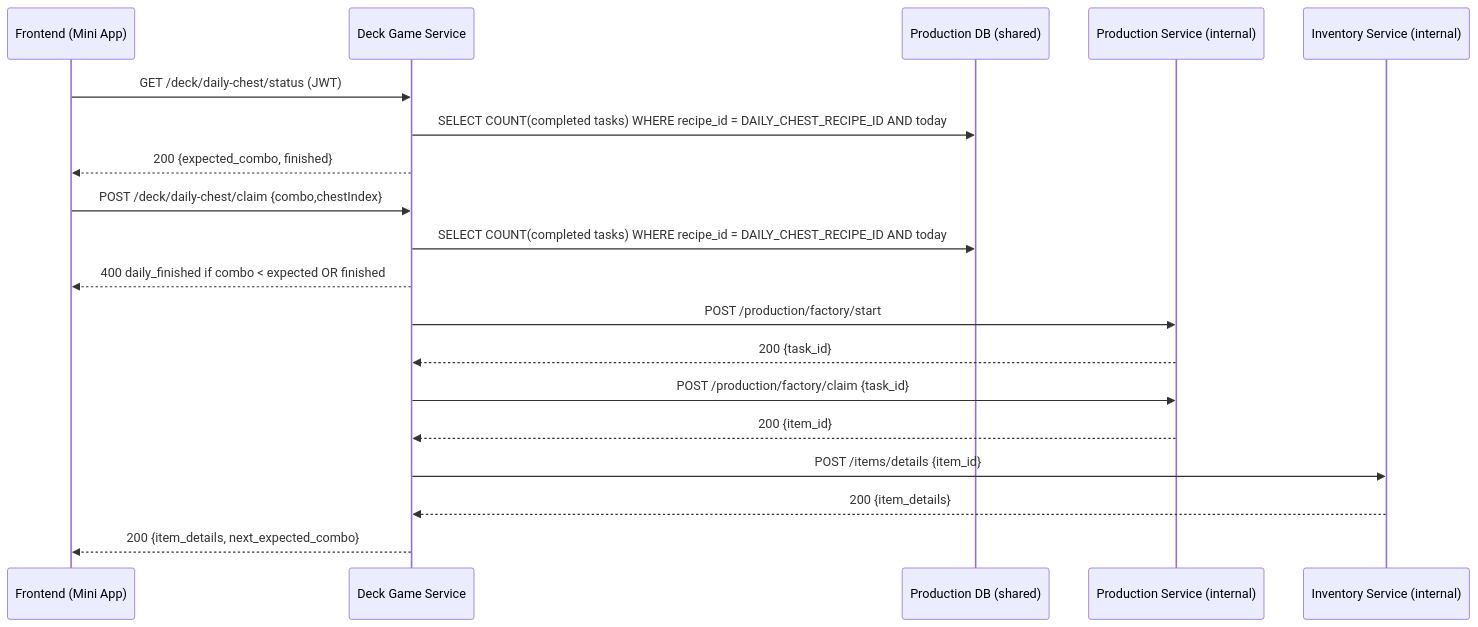
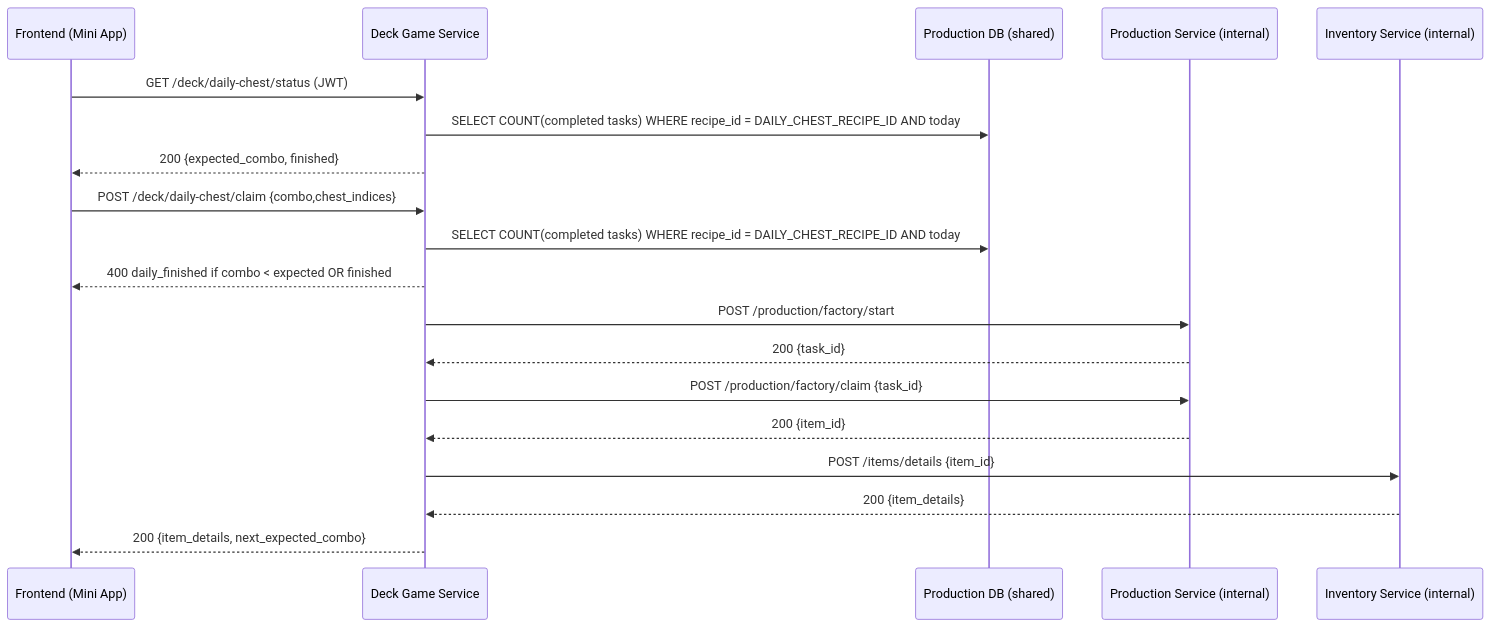
One commit to dpetrakov/shard_legends changed the diagram in docs/specs/deck-game-service.md. Above: the diagram before and after it, drawn with Mermaid. The commit also changed other lines of this file and 17 other files, not shown here.

````diff
--- a/docs/specs/deck-game-service.md
+++ b/docs/specs/deck-game-service.md
@@ -47,22 +47,22 @@
 ```mermaid
 sequenceDiagram
     participant FE as Frontend (Mini App)
     participant DGS as Deck Game Service
     participant PSDB as Production DB (shared)
     participant PSAPI as Production Service (internal)
     participant IS as Inventory Service (internal)
     FE->>DGS: GET /deck/daily-chest/status (JWT)
     DGS->>PSDB: SELECT COUNT(completed tasks) WHERE recipe_id = DAILY_CHEST_RECIPE_ID AND today
     DGS-->>FE: 200 {expected_combo, finished}
     
-    FE->>DGS: POST /deck/daily-chest/claim {combo,chestIndex}
+    FE->>DGS: POST /deck/daily-chest/claim {combo,chest_indices}
     DGS->>PSDB: SELECT COUNT(completed tasks) WHERE recipe_id = DAILY_CHEST_RECIPE_ID AND today
     DGS-->>FE: 400 daily_finished if combo < expected OR finished
     DGS->>PSAPI: POST /production/factory/start
     PSAPI-->>DGS: 200 {task_id}
     DGS->>PSAPI: POST /production/factory/claim {task_id}
     PSAPI-->>DGS: 200 {item_id}
     DGS->>IS: POST /items/details {item_id}
     IS-->>DGS: 200 {item_details}
     DGS-->>FE: 200 {item_details, next_expected_combo}
 ```
````
